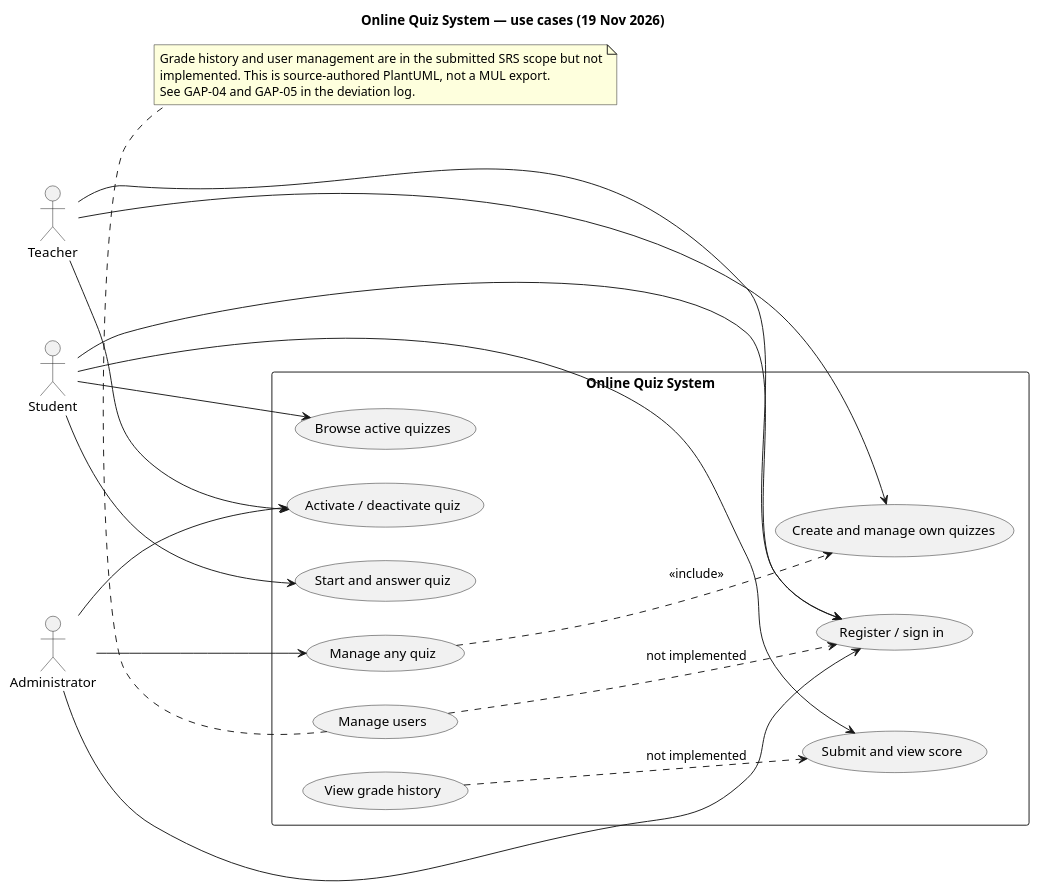
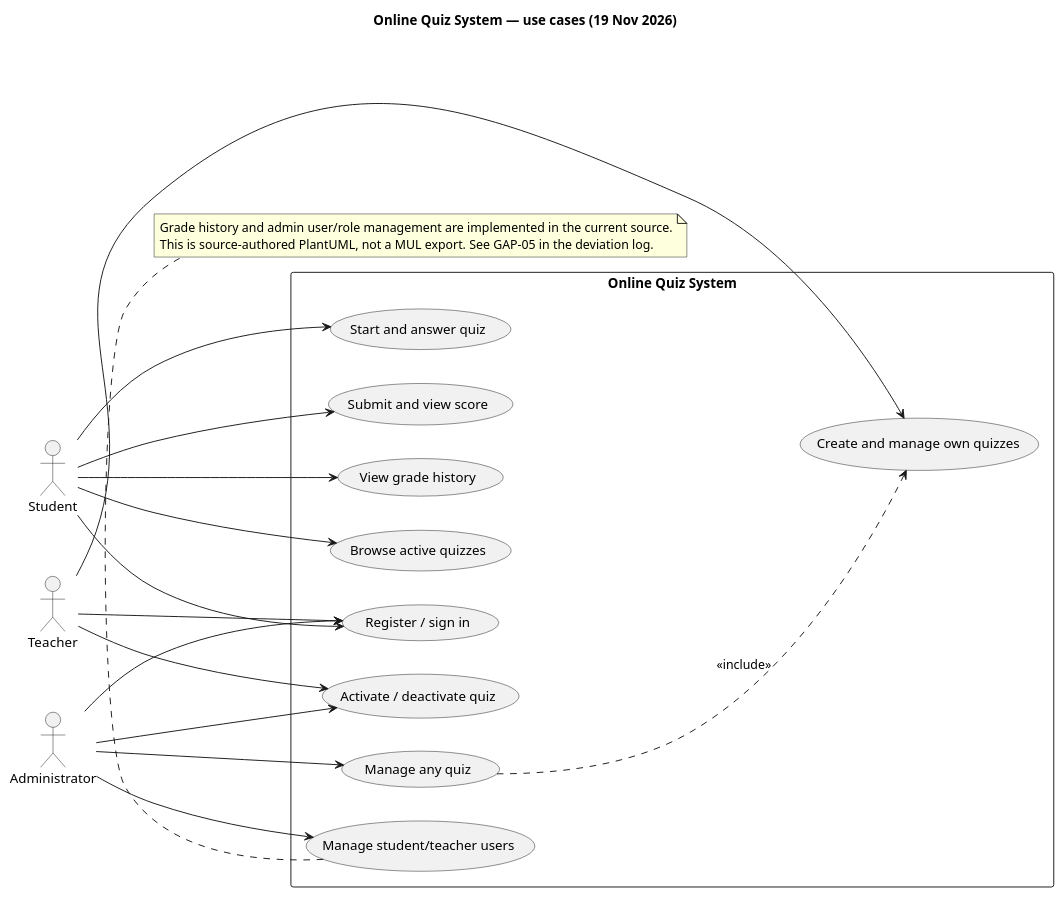
Before and after one commit to AbbasMSadikot/Online-Quiz-System: the diagram in docs/4-Architecture-and-Design/use-cases.puml, drawn with PlantUML. The commit also changed 18 other files, not shown here.

Commit message:
Implement grade history and admin user management

```diff
--- a/docs/4-Architecture-and-Design/use-cases.puml
+++ b/docs/4-Architecture-and-Design/use-cases.puml
@@ -1,36 +1,35 @@
 @startuml
 title Online Quiz System — use cases (19 Nov 2026)
 left to right direction
 actor Student
 actor Teacher
 actor Administrator as Admin
 rectangle "Online Quiz System" {
   usecase "Register / sign in" as Auth
   usecase "Browse active quizzes" as Browse
   usecase "Start and answer quiz" as Take
   usecase "Submit and view score" as Score
+  usecase "View grade history" as History
   usecase "Create and manage own quizzes" as Create
   usecase "Activate / deactivate quiz" as Publish
   usecase "Manage any quiz" as AdminQuiz
-  usecase "View grade history" as History
-  usecase "Manage users" as Users
+  usecase "Manage student/teacher users" as Users
 }
 Student --> Auth
 Student --> Browse
 Student --> Take
 Student --> Score
+Student --> History
 Teacher --> Auth
 Teacher --> Create
 Teacher --> Publish
 Admin --> Auth
 Admin --> AdminQuiz
 Admin --> Publish
+Admin --> Users
 AdminQuiz ..> Create : <<include>>
-History ..> Score : not implemented
-Users ..> Auth : not implemented
 note bottom
-Grade history and user management are in the submitted SRS scope but not
-implemented. This is source-authored PlantUML, not a MUL export.
-See GAP-04 and GAP-05 in the deviation log.
+Grade history and admin user/role management are implemented in the current source.
+This is source-authored PlantUML, not a MUL export. See GAP-05 in the deviation log.
 end note
 @enduml
```
